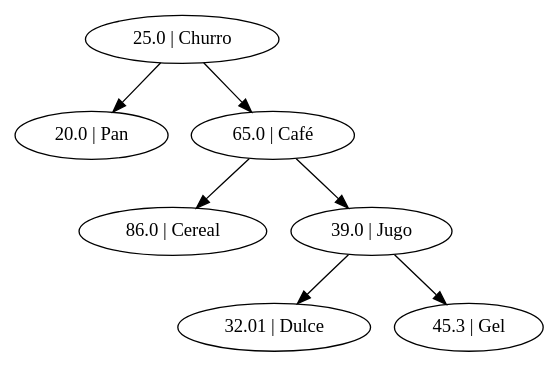
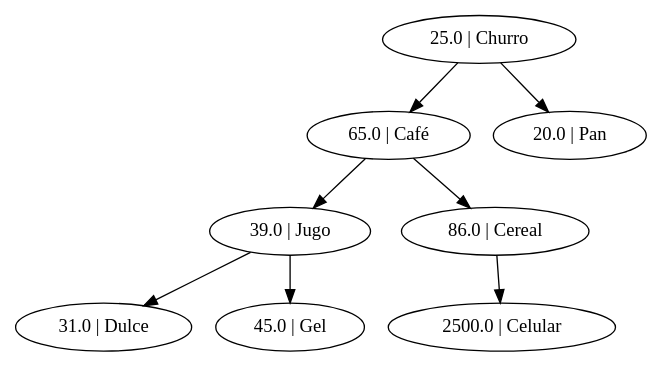
Before and after one commit to BryanBlacks/Algoritmos-y-Estructuras-de-Datos: the diagram in Unidad I/PAC III 2019/Proyecto 1/Python/Memoria/test.dot, drawn with Graphviz. The commit also changed 5 other files, not shown here.

```diff
--- a/Unidad I/PAC III 2019/Proyecto 1/Python/Memoria/test.dot
+++ b/Unidad I/PAC III 2019/Proyecto 1/Python/Memoria/test.dot
@@ -1,8 +1,9 @@
 strict digraph  {
+	"25.0 | Churro" -> "65.0 | Café";
 	"25.0 | Churro" -> "20.0 | Pan";
-	"25.0 | Churro" -> "65.0 | Café";
+	"39.0 | Jugo" -> "31.0 | Dulce";
+	"39.0 | Jugo" -> "45.0 | Gel";
+	"86.0 | Cereal" -> "2500.0 | Celular";
+	"65.0 | Café" -> "39.0 | Jugo";
 	"65.0 | Café" -> "86.0 | Cereal";
-	"65.0 | Café" -> "39.0 | Jugo";
-	"39.0 | Jugo" -> "32.01 | Dulce";
-	"39.0 | Jugo" -> "45.3 | Gel";
 }
```
